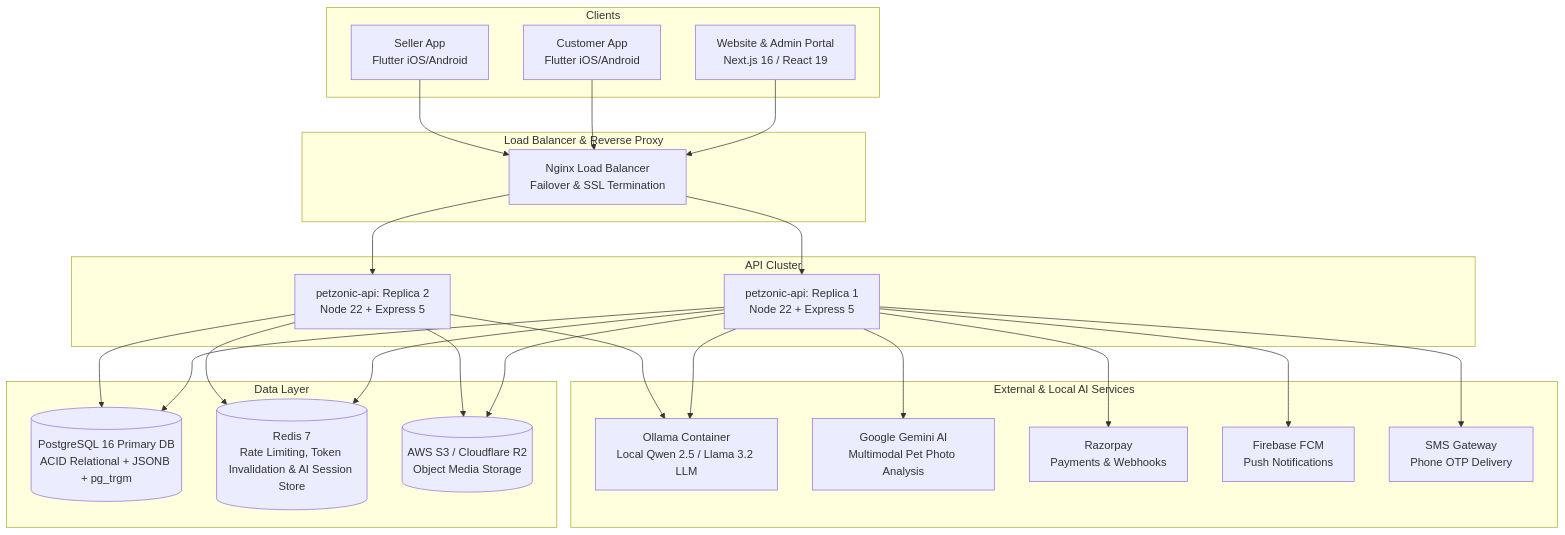
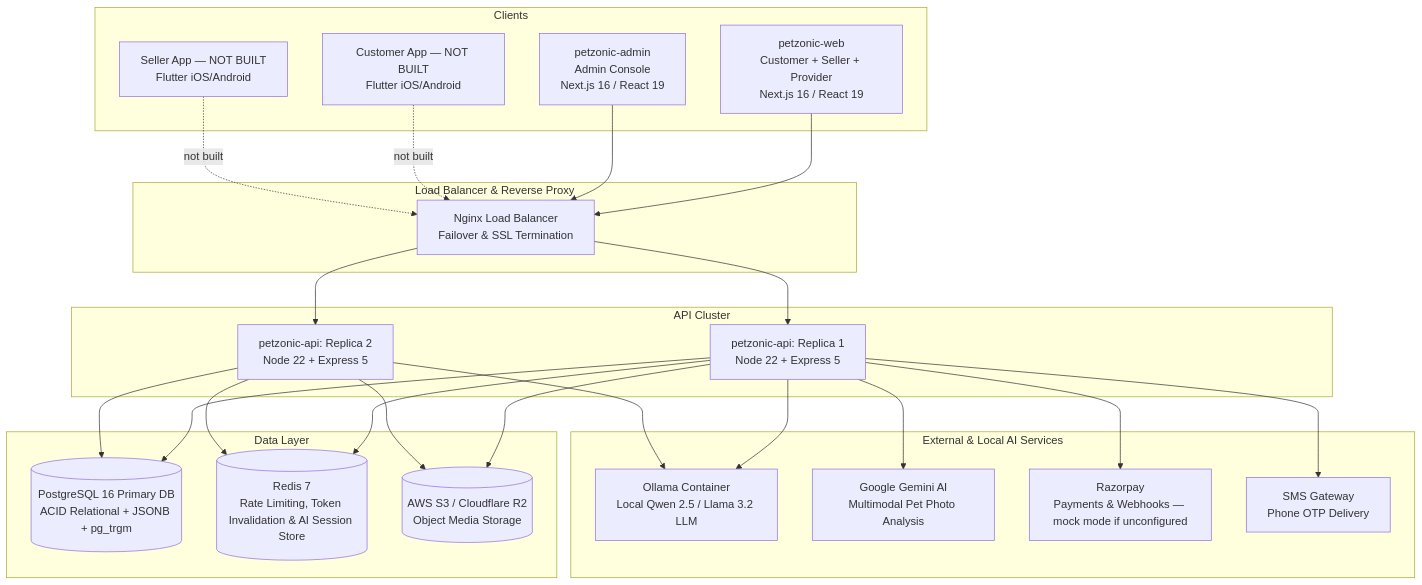
One commit to sudarsan-22/PetZonic changed the first of 8 diagrams in docs/02-technical-architecture/system-architecture.md. Above: the diagram before and after it, drawn with Mermaid. The commit also changed other lines of this file and 18 other files, not shown here.

Commit message:
docs: update PRD, architecture, schemas, and API design for Pet Pharmacy and District Breeder Hub

````diff
--- a/docs/02-technical-architecture/system-architecture.md
+++ b/docs/02-technical-architecture/system-architecture.md
@@ -16,49 +24,49 @@
 ```mermaid
 graph TB
     subgraph Clients
-        WEB[Website & Admin Portal<br/>Next.js 16 / React 19]
-        CA[Customer App<br/>Flutter iOS/Android]
-        SA[Seller App<br/>Flutter iOS/Android]
+        WEB[petzonic-web<br/>Customer + Seller + Provider<br/>Next.js 16 / React 19]
+        ADM[petzonic-admin<br/>Admin Console<br/>Next.js 16 / React 19]
+        CA[Customer App — NOT BUILT<br/>Flutter iOS/Android]
+        SA[Seller App — NOT BUILT<br/>Flutter iOS/Android]
     end
 
     subgraph Load Balancer & Reverse Proxy
         NGINX[Nginx Load Balancer<br/>Failover & SSL Termination]
     end
 
     subgraph API Cluster
         API1[petzonic-api: Replica 1<br/>Node 22 + Express 5]
         API2[petzonic-api: Replica 2<br/>Node 22 + Express 5]
     end
 
     subgraph Data Layer
         PG[(PostgreSQL 16 Primary DB<br/>ACID Relational + JSONB + pg_trgm)]
         RD[(Redis 7<br/>Rate Limiting, Token Invalidation & AI Session Store)]
         S3[(AWS S3 / Cloudflare R2<br/>Object Media Storage)]
     end
 
     subgraph External & Local AI Services
         OLLAMA[Ollama Container<br/>Local Qwen 2.5 / Llama 3.2 LLM]
         GEMINI[Google Gemini AI<br/>Multimodal Pet Photo Analysis]
-        RP[Razorpay<br/>Payments & Webhooks]
-        FCM[Firebase FCM<br/>Push Notifications]
+        RP[Razorpay<br/>Payments & Webhooks — mock mode if unconfigured]
         SMS[SMS Gateway<br/>Phone OTP Delivery]
     end
 
     WEB --> NGINX
-    CA --> NGINX
-    SA --> NGINX
+    ADM --> NGINX
+    CA -.not built.-> NGINX
+    SA -.not built.-> NGINX
     NGINX --> API1
     NGINX --> API2
     API1 --> PG
     API2 --> PG
     API1 --> RD
     API2 --> RD
     API1 --> S3
     API2 --> S3
     API1 --> OLLAMA
     API2 --> OLLAMA
     API1 --> GEMINI
     API1 --> RP
-    API1 --> FCM
     API1 --> SMS
 ```
````
